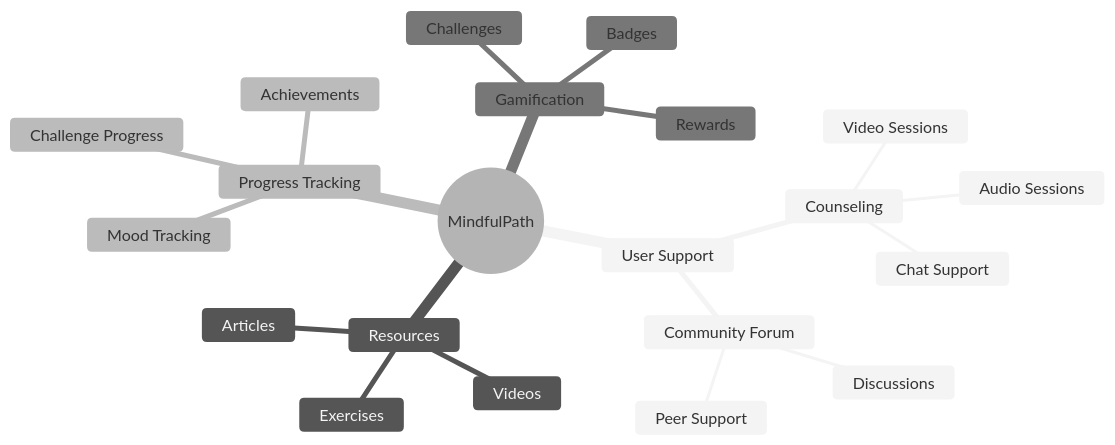
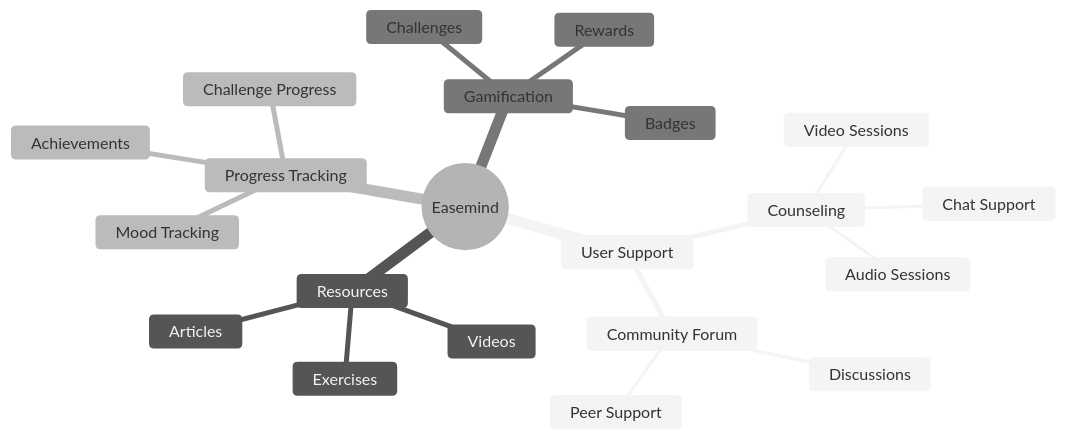
The third of 3 diagrams in README.md (srlog/joiningIN-19-SUSTAIN-AI-THON), drawn with Mermaid (neutral theme) before and after one commit. The commit also changed other lines of this file and 8 other files, not shown here.

````diff
--- a/README.md
+++ b/README.md
@@ -42,24 +42,24 @@
 ```mermaid
 mindmap
-  root((MindfulPath))
+  root((Easemind))
     User Support
       Counseling
         Video Sessions
         Audio Sessions
         Chat Support
       Community Forum
         Discussions
         Peer Support
     Resources
       Articles
       Videos
       Exercises
     Progress Tracking
       Mood Tracking
       Challenge Progress
       Achievements
     Gamification
       Challenges
       Rewards
       Badges
 ```
````
